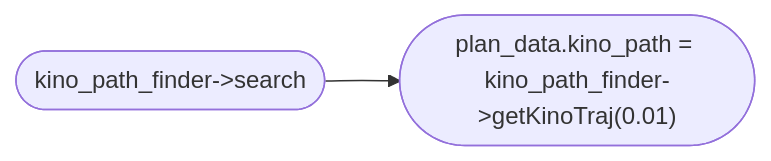
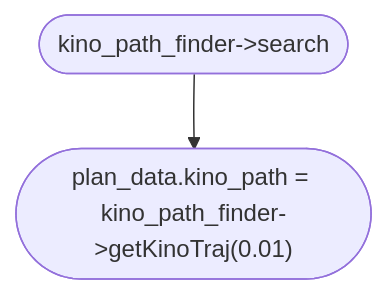
One commit to Dieptranivsr/drone_extend changed the second of 3 diagrams in sp_code/create_table.md. Above: the diagram before and after it, drawn with Mermaid.

````diff
--- a/sp_code/create_table.md
+++ b/sp_code/create_table.md
@@ -33,5 +33,5 @@
 ```mermaid
-flowchart LR
+flowchart TD
     id1(["kino_path_finder->search"]) --> id2(["plan_data.kino_path = kino_path_finder->getKinoTraj(0.01)"])
     
 ```    
````
